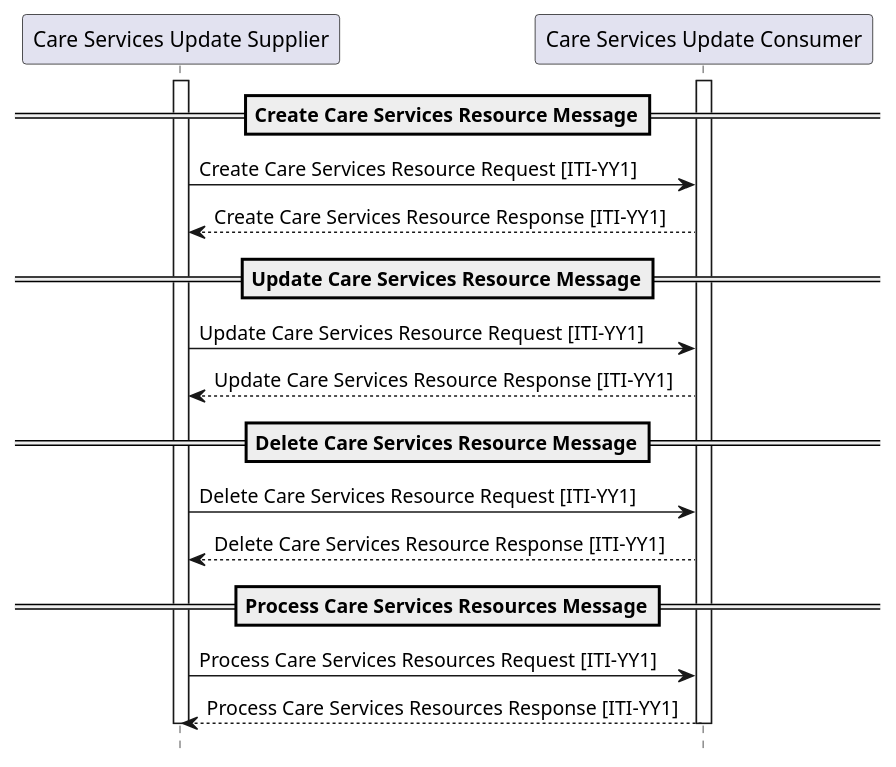
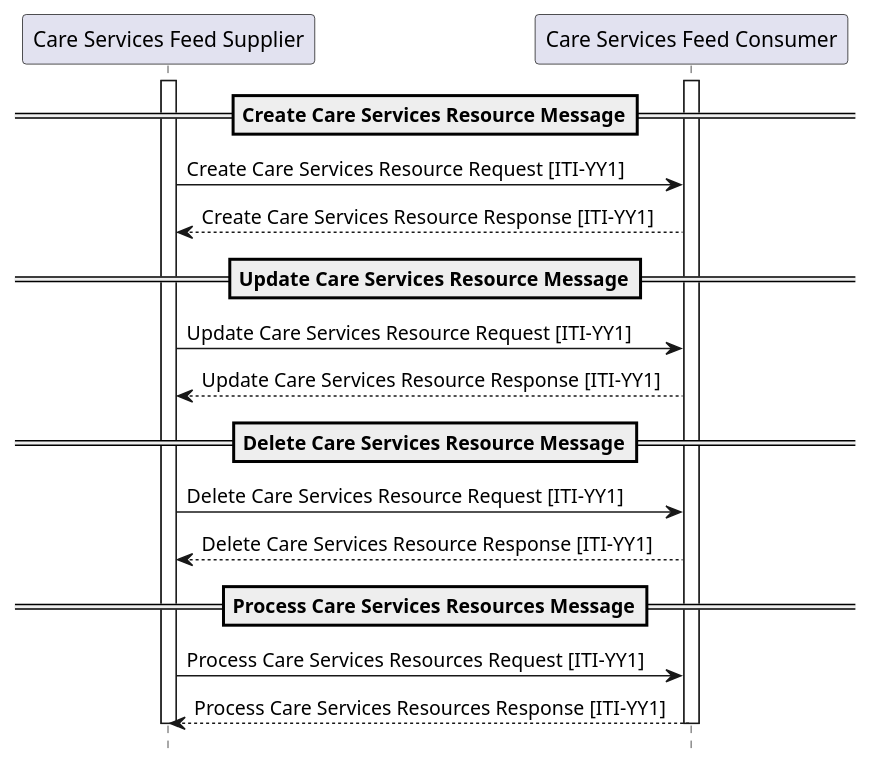
The diagram in input/images-source/ITI-YY1-seq.plantuml (IHE/ITI.mCSD), drawn with PlantUML before and after one commit. The commit also changed 6 other files, not shown here.

```diff
--- a/input/images-source/ITI-YY1-seq.plantuml
+++ b/input/images-source/ITI-YY1-seq.plantuml
@@ -1,21 +1,21 @@
 @startuml
 hide footbox
-participant "Care Services Update Supplier" as Client
-participant "Care Services Update Consumer" as Server
-==Create Care Services Resource Message==
+participant "Care Services Feed Supplier" as Client
+participant "Care Services Feed Consumer" as Server
 activate Client
 activate Server
+==Create Care Services Resource Message==
 Client -> Server : Create Care Services Resource Request [ITI-YY1]
 Server --> Client : Create Care Services Resource Response [ITI-YY1]
 ==Update Care Services Resource Message==
 Client -> Server : Update Care Services Resource Request [ITI-YY1]
 Server --> Client : Update Care Services Resource Response [ITI-YY1]
 ==Delete Care Services Resource Message==
 Client -> Server : Delete Care Services Resource Request [ITI-YY1]
 Server --> Client : Delete Care Services Resource Response [ITI-YY1]
 ==Process Care Services Resources Message==
 Client -> Server : Process Care Services Resources Request [ITI-YY1]
 Server --> Client : Process Care Services Resources Response [ITI-YY1]
 deactivate Client
 deactivate Server
 @enduml
```
